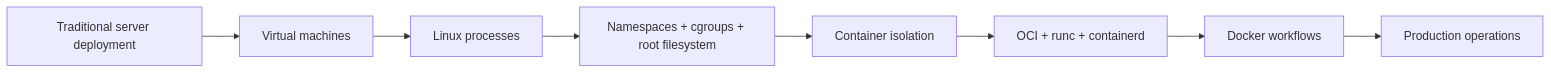
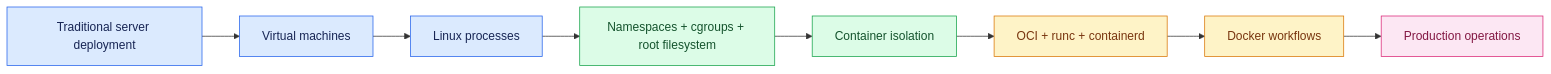
One commit to sameeralam3127/compute-central-docs changed the diagram in docs/docker/index.md. Above: the diagram before and after it, drawn with Mermaid. The commit also changed other lines of this file and 27 other files, not shown here.

````diff
--- a/docs/docker/index.md
+++ b/docs/docker/index.md
@@ -14,10 +14,18 @@
 ```mermaid
 flowchart LR
     A[Traditional server deployment] --> B[Virtual machines]
     B --> C[Linux processes]
     C --> D[Namespaces + cgroups + root filesystem]
     D --> E[Container isolation]
     E --> F[OCI + runc + containerd]
     F --> G[Docker workflows]
     G --> H[Production operations]
+    classDef foundation fill:#dbeafe,stroke:#2563eb,color:#172554
+    classDef kernel fill:#dcfce7,stroke:#16a34a,color:#14532d
+    classDef tooling fill:#fef3c7,stroke:#d97706,color:#78350f
+    classDef operations fill:#fce7f3,stroke:#db2777,color:#831843
+    class A,B,C foundation
+    class D,E kernel
+    class F,G tooling
+    class H operations
 ```
````
